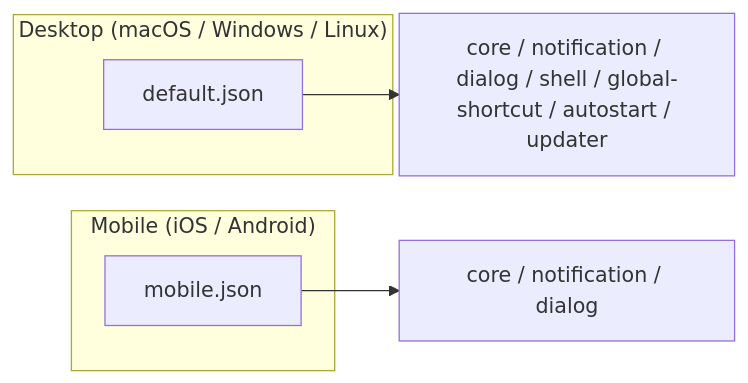
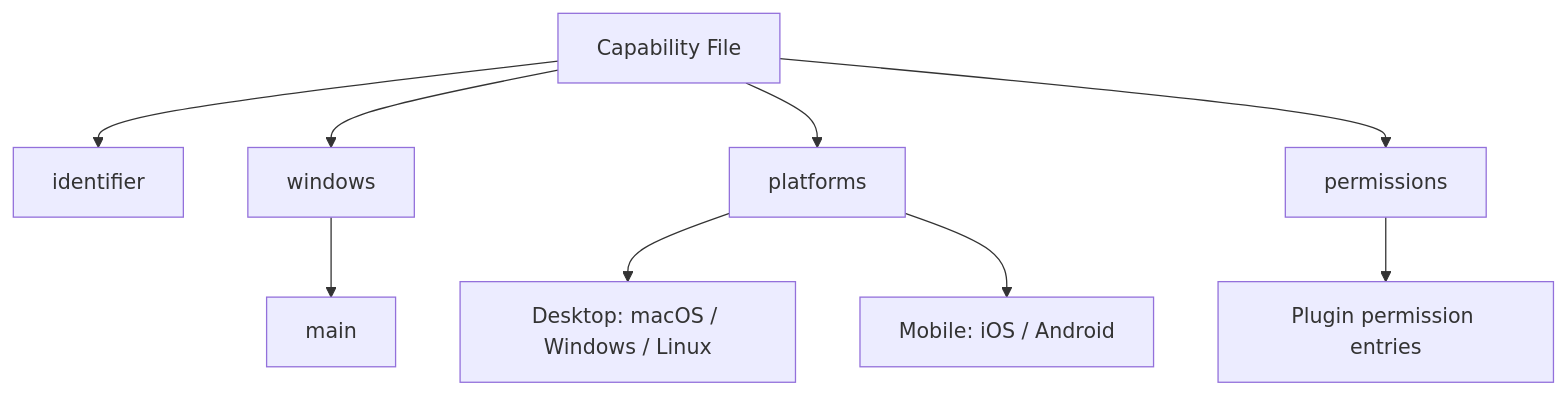
One commit to leszek3737/librefang-WIki changed the diagram in other-librefang-desktop-capabilities.md. Above: the diagram before and after it, drawn with Mermaid. The commit also changed other lines of this file and 128 other files, not shown here.

````diff
--- a/other-librefang-desktop-capabilities.md
+++ b/other-librefang-desktop-capabilities.md
@@ -62,11 +51,11 @@
 ```mermaid
-graph LR
-    subgraph Desktop ["Desktop (macOS / Windows / Linux)"]
-        D[default.json]
-    end
-    subgraph Mobile ["Mobile (iOS / Android)"]
-        M[mobile.json]
-    end
-    D --> P[core / notification / dialog / shell / global-shortcut / autostart / updater]
-    M --> Q[core / notification / dialog]
+graph TD
+    A[Capability File] --> B[identifier]
+    A --> C[windows]
+    A --> D[platforms]
+    A --> E[permissions]
+    C --> C1["main"]
+    D --> D1["Desktop: macOS / Windows / Linux"]
+    D --> D2["Mobile: iOS / Android"]
+    E --> E1[Plugin permission entries]
 ```
````
